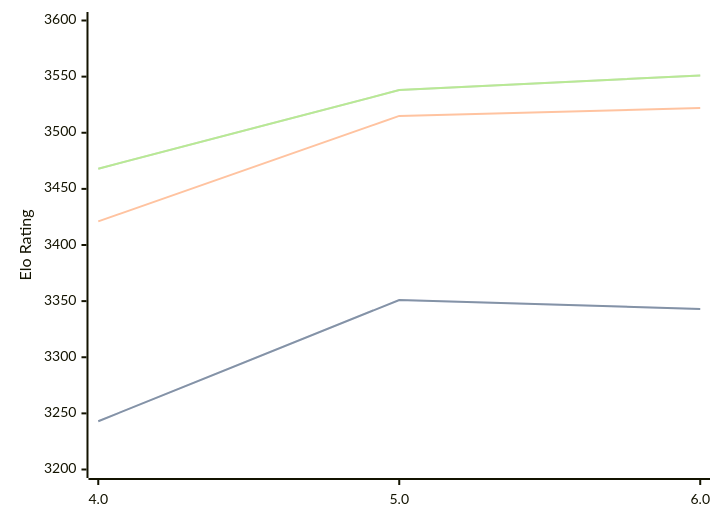
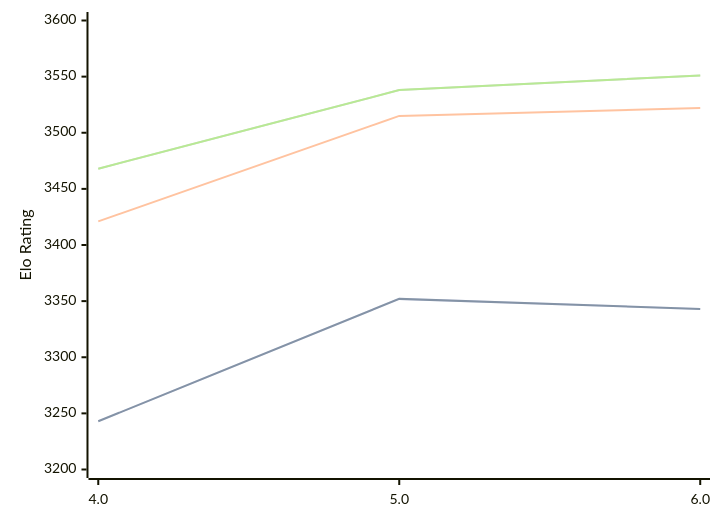
Before and after one commit to computer-chess-index/cci: the first of 3 diagrams in engines/Tarnished.md, drawn with Mermaid. The commit also changed other lines of this file, not shown here.

````diff
--- a/engines/Tarnished.md
+++ b/engines/Tarnished.md
@@ -37,11 +37,11 @@
 ```mermaid
 %%{init: {"theme":"base","themeVariables":{"seriesColors:['#a3a3a3','#222221','#faa371']}}}%%
 xychart-beta
   x-axis ["4.0", "5.0", "6.0"]
   y-axis "Elo Rating" 3200 --> 3600
-  line "STC (8.0+0.08s)" [3243, 3351, 3343]
-  line "STC (8.0+0.08s)" [3243, 3351, 3343]
+  line "STC (8.0+0.08s)" [3243, 3352, 3343]
+  line "STC (8.0+0.08s)" [3243, 3352, 3343]
   line "LTC (60.0+0.60s)" [3421, 3515, 3522]
   line "VLTC (2m24s+1.12s)" [3468, 3538, 3551]
   line "VLTC (2m24s+1.12s)" [3468, 3538, 3551]
 ```
````
